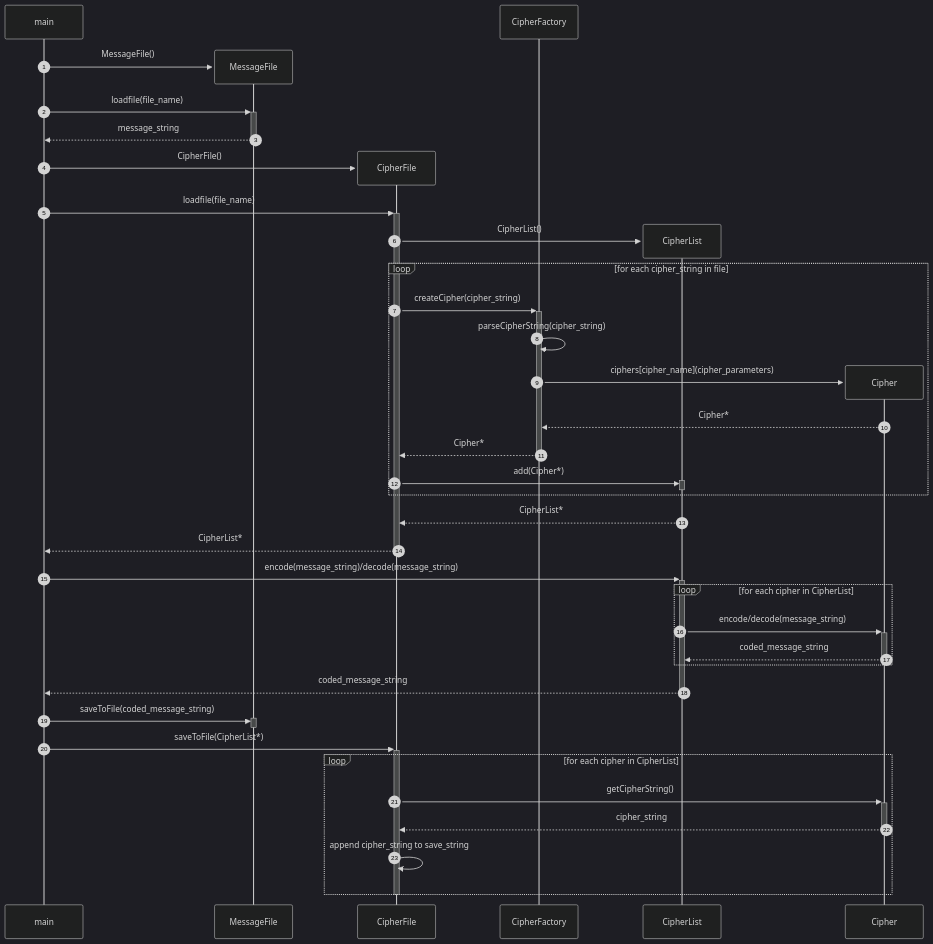
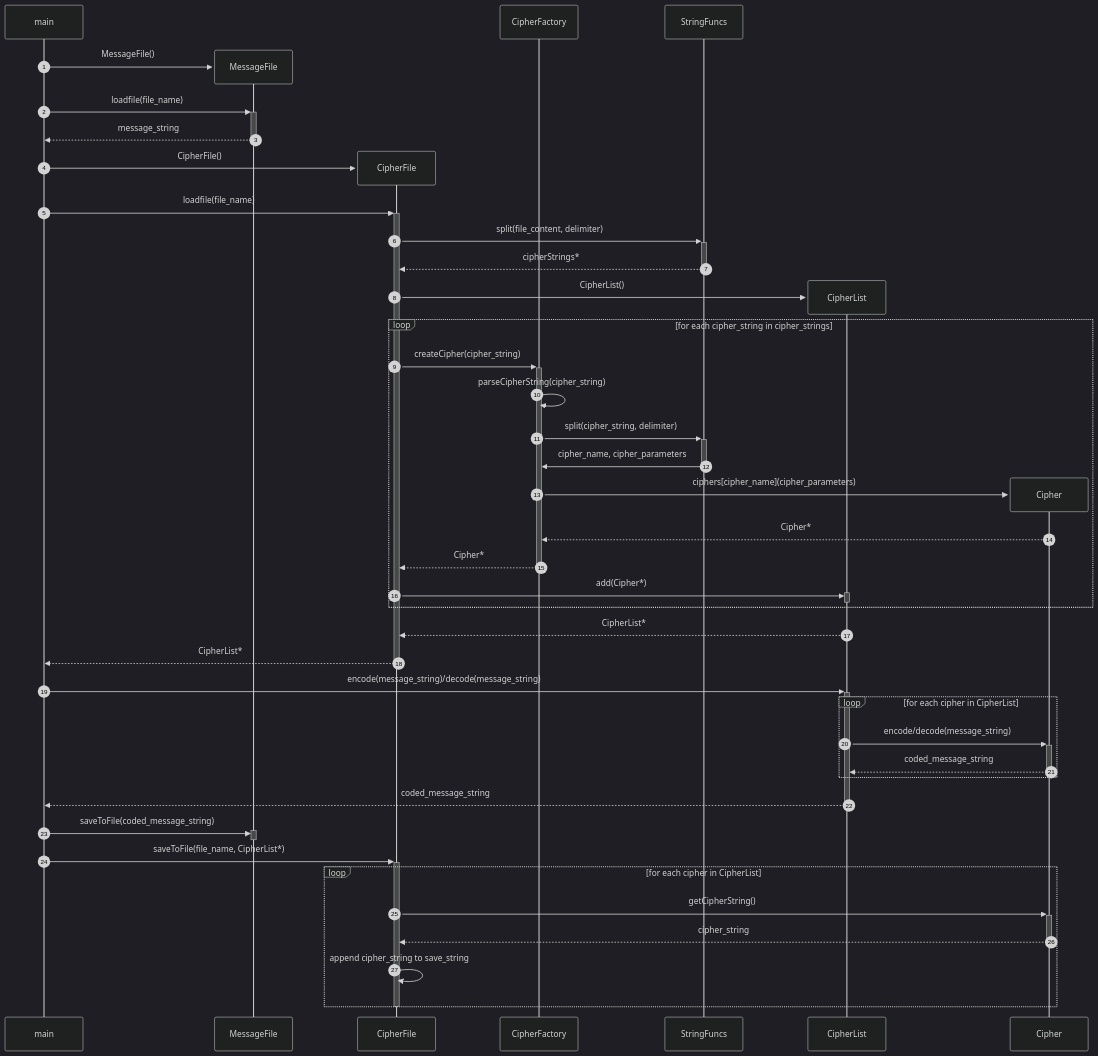
The third of 3 diagrams in terv.md (TGyAkos/2026-Prog2-Nagyhazi), drawn with Mermaid (dark theme) before and after one commit. The commit also changed other lines of this file and 24 other files, not shown here.

````diff
--- a/terv.md
+++ b/terv.md
@@ -135,44 +149,49 @@
 ```mermaid
 sequenceDiagram
     autonumber
     participant main
     create participant MessageFile
     main ->> MessageFile : MessageFile()
     main ->>+ MessageFile : loadfile(file_name)
     MessageFile -->>- main : message_string
     create participant CipherFile
     participant CipherFactory
     main ->> CipherFile : CipherFile()
     main ->>+ CipherFile : loadfile(file_name)
+    CipherFile ->>+ StringFuncs : split(file_content, delimiter)
+    StringFuncs -->>- CipherFile : cipherStrings*
     create participant CipherList
+    participant StringFuncs
     CipherFile ->> CipherList : CipherList()
-    loop for each cipher_string in file
+    loop for each cipher_string in cipher_strings
         CipherFile ->>+ CipherFactory : createCipher(cipher_string)
         CipherFactory ->> CipherFactory : parseCipherString(cipher_string)
+        CipherFactory ->>+ StringFuncs : split(cipher_string, delimiter)
+        StringFuncs ->>- CipherFactory : cipher_name, cipher_parameters
         create participant Cipher
         CipherFactory ->> Cipher : ciphers[cipher_name](cipher_parameters)
         Cipher -->> CipherFactory : Cipher*
         CipherFactory -->>- CipherFile : Cipher*
         CipherFile ->>+ CipherList : add(Cipher*)
         deactivate CipherList
     end
     CipherList -->> CipherFile : CipherList*
     CipherFile -->>- main : CipherList*
     main ->>+ CipherList : encode(message_string)/decode(message_string)
 
     loop for each cipher in CipherList
         CipherList ->>+ Cipher : encode/decode(message_string)
         Cipher -->>- CipherList : coded_message_string
     end
 
     CipherList -->>- main : coded_message_string
     main ->>+ MessageFile : saveToFile(coded_message_string)
     deactivate MessageFile
-    main ->>+ CipherFile : saveToFile(CipherList*)
+    main ->>+ CipherFile : saveToFile(file_name, CipherList*)
     loop for each cipher in CipherList
         CipherFile ->>+ Cipher : getCipherString()
         Cipher -->>- CipherFile : cipher_string
         CipherFile ->> CipherFile : append cipher_string to save_string
     end
     deactivate CipherFile
 ```
````
